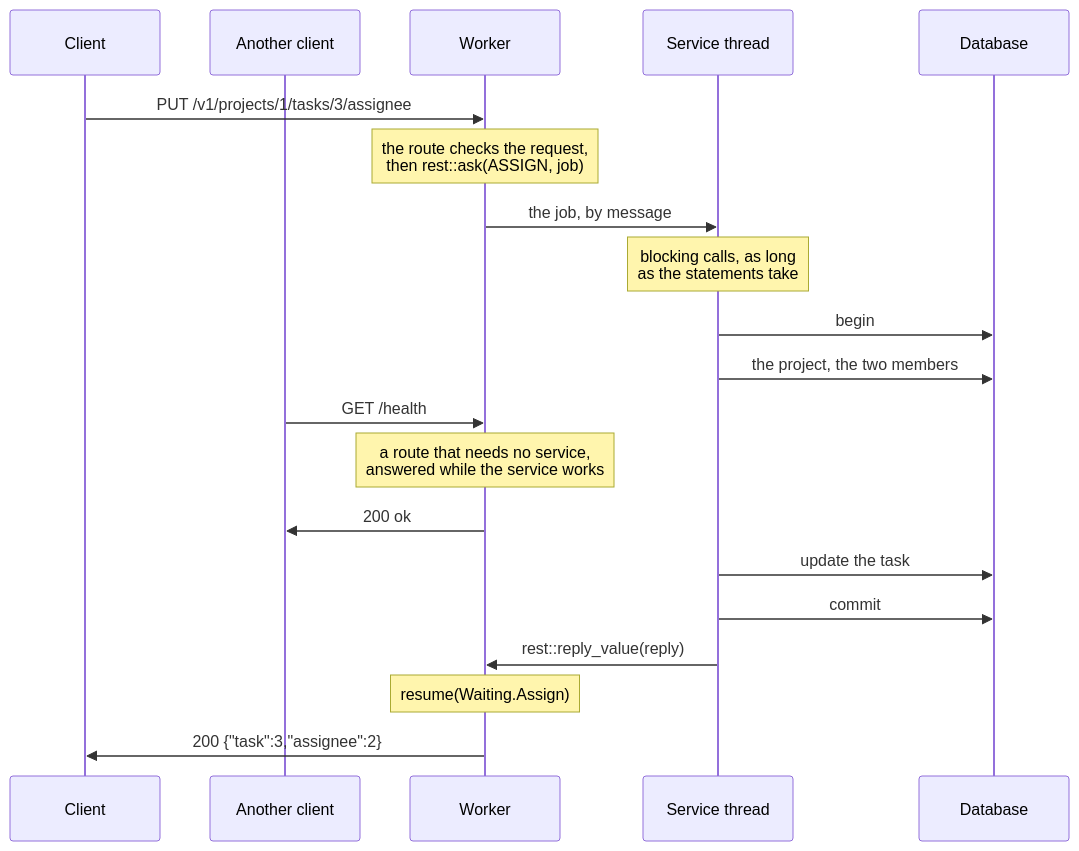
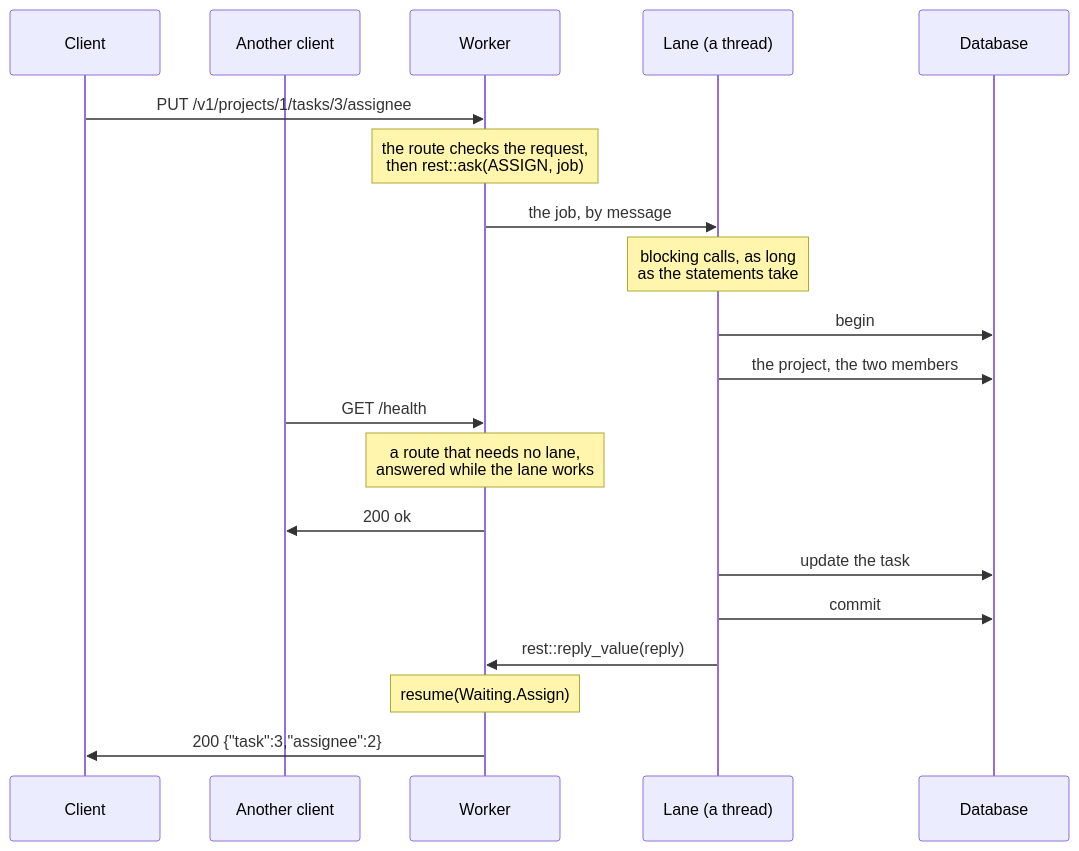
The diagram in docs/tutorial/13-waiting.md (kaitk/goose-rest), drawn with Mermaid before and after one commit. The commit also changed other lines of this file and 76 other files, not shown here.

````diff
--- a/docs/tutorial/13-waiting.md
+++ b/docs/tutorial/13-waiting.md
@@ -39,22 +43,22 @@
 ```mermaid
 sequenceDiagram
     participant C as Client
     participant C2 as Another client
     participant W as Worker
-    participant S as Service thread
+    participant S as Lane (a thread)
     participant D as Database
     C->>W: PUT /v1/projects/1/tasks/3/assignee
     Note over W: the route checks the request,<br/>then rest::ask(ASSIGN, job)
     W->>S: the job, by message
     Note over S: blocking calls, as long<br/>as the statements take
     S->>D: begin
     S->>D: the project, the two members
     C2->>W: GET /health
-    Note over W: a route that needs no service,<br/>answered while the service works
+    Note over W: a route that needs no lane,<br/>answered while the lane works
     W->>C2: 200 ok
     S->>D: update the task
     S->>D: commit
     S->>W: rest::reply_value(reply)
     Note over W: resume(Waiting.Assign)
     W->>C: 200 {"task":3,"assignee":2}
 ```
````
